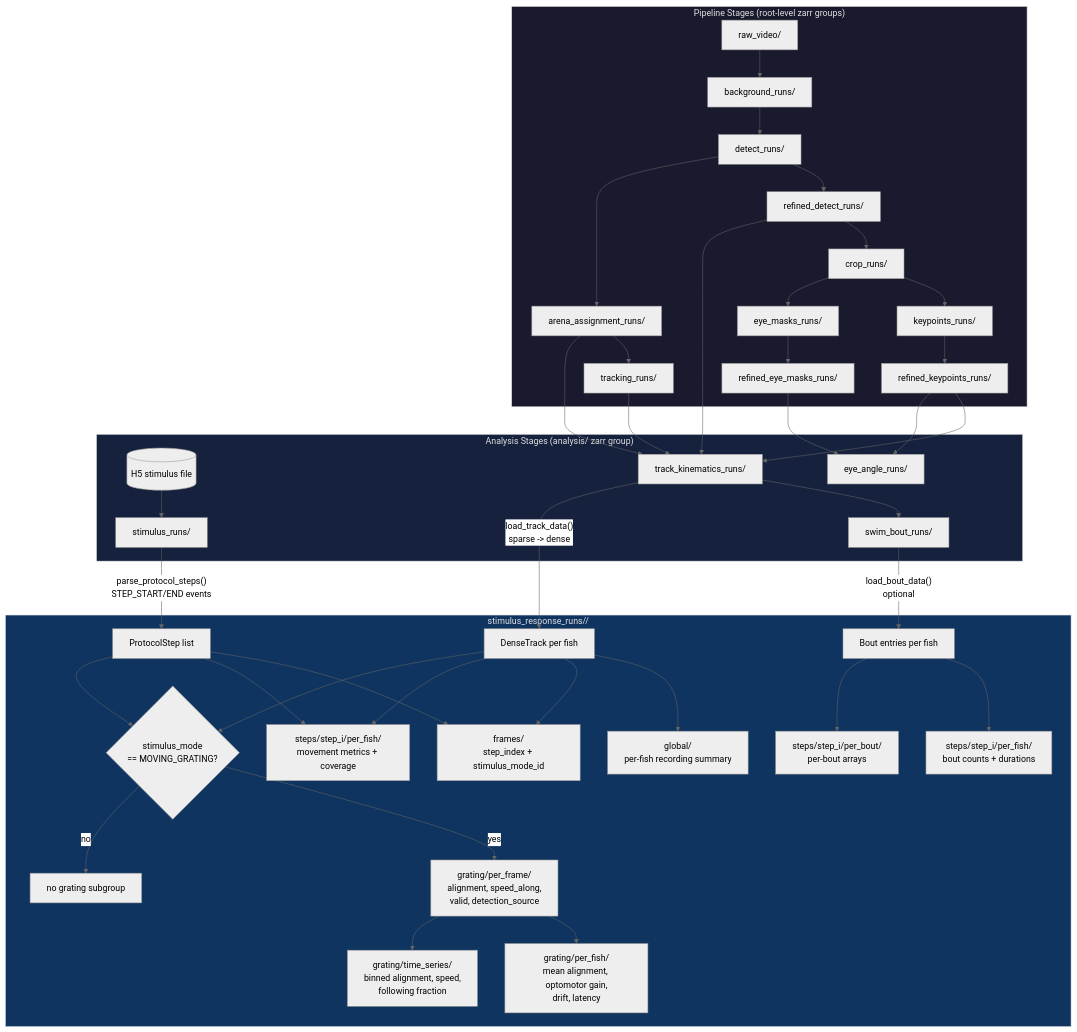
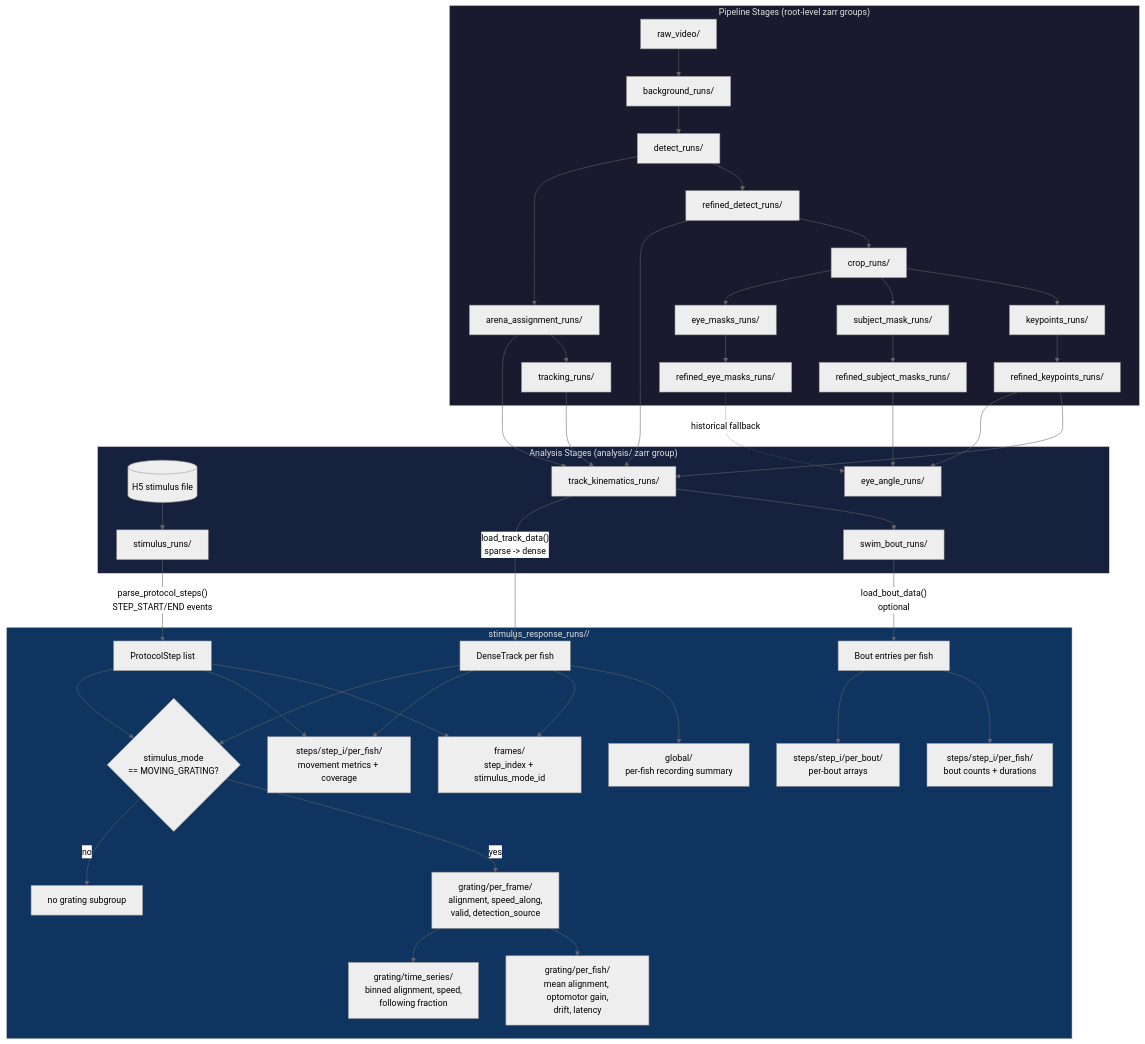
The diagram in docs/stimulus_response_analysis_flow.md (jmdelahanty/palette), drawn with Mermaid (neutral theme) before and after one commit. The commit also changed 19 other files, not shown here.

Commit message:
docs: clarify subject eye geometry surfaces

````diff
--- a/docs/stimulus_response_analysis_flow.md
+++ b/docs/stimulus_response_analysis_flow.md
@@ -7,53 +7,56 @@
 ```mermaid
 flowchart TD
     subgraph Pipeline["Pipeline Stages (root-level zarr groups)"]
         VID[raw_video/] --> BG[background_runs/]
         BG --> DET[detect_runs/]
         DET --> RDET[refined_detect_runs/]
         RDET --> CROP[crop_runs/]
         CROP --> KP[keypoints_runs/]
         KP --> RKP[refined_keypoints_runs/]
+        CROP --> SM[subject_mask_runs/]
+        SM --> RSM[refined_subject_masks_runs/]
         CROP --> EM[eye_masks_runs/]
         EM --> REM[refined_eye_masks_runs/]
         DET --> AA[arena_assignment_runs/]
         AA --> TRK[tracking_runs/]
     end
 
     subgraph Analysis["Analysis Stages (analysis/ zarr group)"]
         H5[(H5 stimulus file)] --> STIM[stimulus_runs/]
         TRK --> TKIN[track_kinematics_runs/]
         RDET --> TKIN
         RKP --> TKIN
         AA --> TKIN
         TKIN --> BOUTS[swim_bout_runs/]
-        REM --> EYE[eye_angle_runs/]
+        RSM --> EYE[eye_angle_runs/]
+        REM -. historical fallback .-> EYE
         RKP --> EYE
     end
 
     subgraph StimulusResponse["stimulus_response_runs/<run>/"]
         TKIN -->|"load_track_data()\nsparse -> dense"| LOAD[DenseTrack per fish]
         STIM -->|"parse_protocol_steps()\nSTEP_START/END events"| STEPS[ProtocolStep list]
         BOUTS -->|"load_bout_data()\noptional"| BOUTD[Bout entries per fish]
 
         LOAD --> GLOBAL[global/\nper-fish recording summary]
         LOAD --> FRAMES[frames/\nstep_index + stimulus_mode_id]
         STEPS --> FRAMES
 
         LOAD --> BASE[steps/step_i/per_fish/\nmovement metrics + coverage]
         STEPS --> BASE
 
         BOUTD --> BOUTM[steps/step_i/per_fish/\nbout counts + durations]
         BOUTD --> PBOUT[steps/step_i/per_bout/\nper-bout arrays]
 
         LOAD --> GRAT{stimulus_mode\n== MOVING_GRATING?}
         STEPS --> GRAT
         GRAT -->|yes| GPF[grating/per_frame/\nalignment, speed_along,\nvalid, detection_source]
         GPF --> GFISH[grating/per_fish/\nmean alignment, optomotor gain,\ndrift, latency]
         GPF --> GTS[grating/time_series/\nbinned alignment, speed,\nfollowing fraction]
         GRAT -->|no| SKIP[no grating subgroup]
     end
 
     style Pipeline fill:#1a1a2e,stroke:#e0e0e0,color:#e0e0e0
     style Analysis fill:#16213e,stroke:#e0e0e0,color:#e0e0e0
     style StimulusResponse fill:#0f3460,stroke:#e0e0e0,color:#e0e0e0
 ```
````
